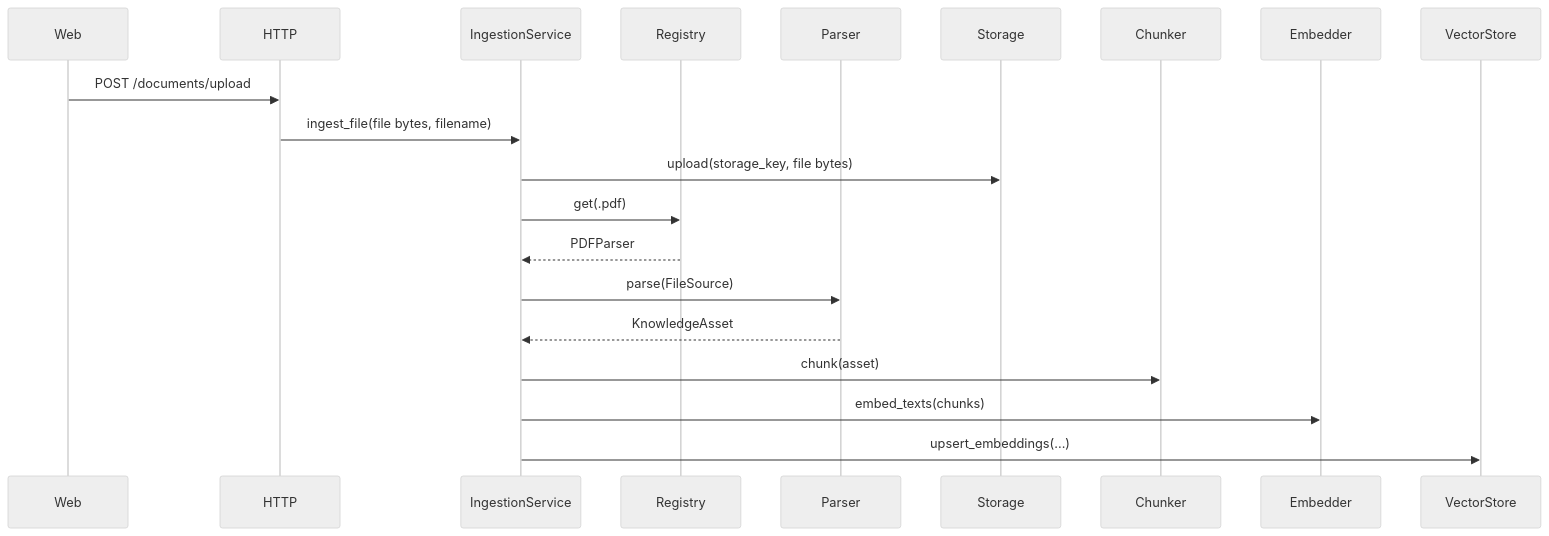
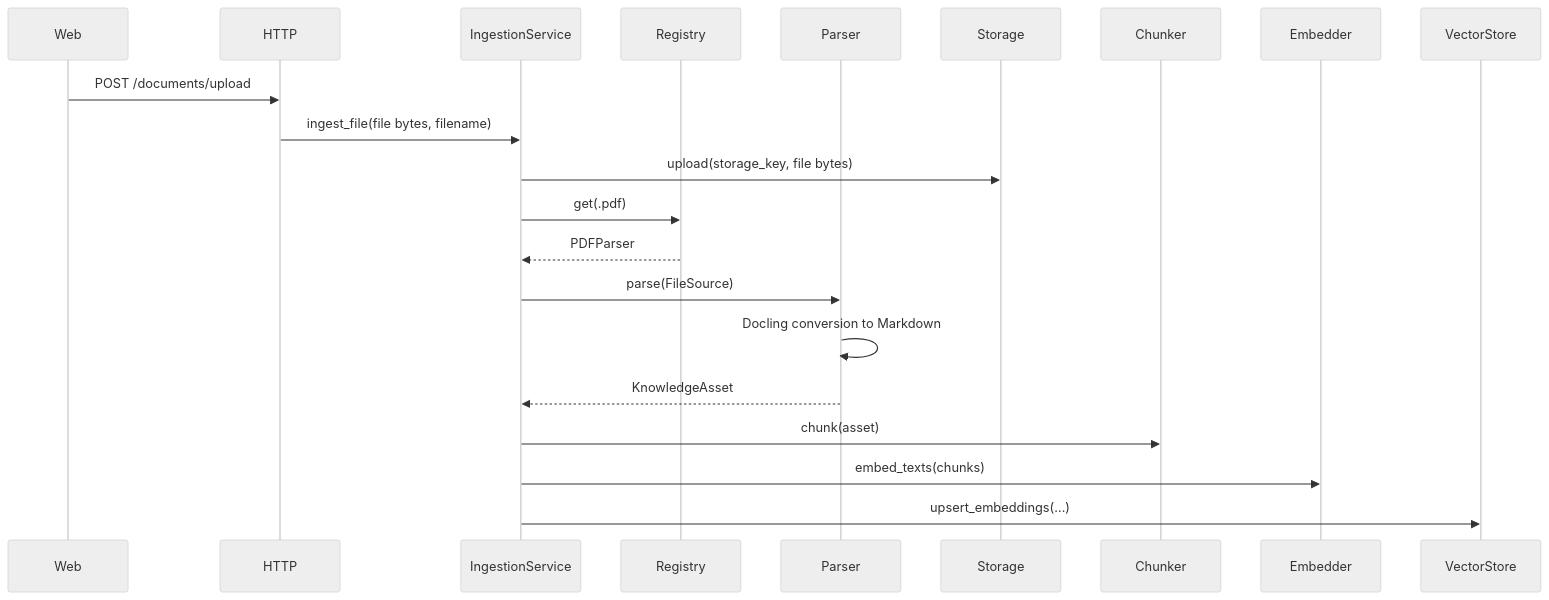
The first of 2 diagrams in docs/architecture.md (RoshanMuhammedR/KB-ULT), drawn with Mermaid (neutral theme) before and after one commit. The commit also changed other lines of this file and 14 other files, not shown here.

````diff
--- a/docs/architecture.md
+++ b/docs/architecture.md
@@ -41,23 +42,24 @@
 ```mermaid
 sequenceDiagram
   participant Web
   participant HTTP
   participant IngestionService
   participant Registry
   participant Parser
   participant Storage
   participant Chunker
   participant Embedder
   participant VectorStore
 
   Web->>HTTP: POST /documents/upload
   HTTP->>IngestionService: ingest_file(file bytes, filename)
   IngestionService->>Storage: upload(storage_key, file bytes)
   IngestionService->>Registry: get(.pdf)
   Registry-->>IngestionService: PDFParser
   IngestionService->>Parser: parse(FileSource)
+  Parser->>Parser: Docling conversion to Markdown
   Parser-->>IngestionService: KnowledgeAsset
   IngestionService->>Chunker: chunk(asset)
   IngestionService->>Embedder: embed_texts(chunks)
   IngestionService->>VectorStore: upsert_embeddings(...)
 ```
````
